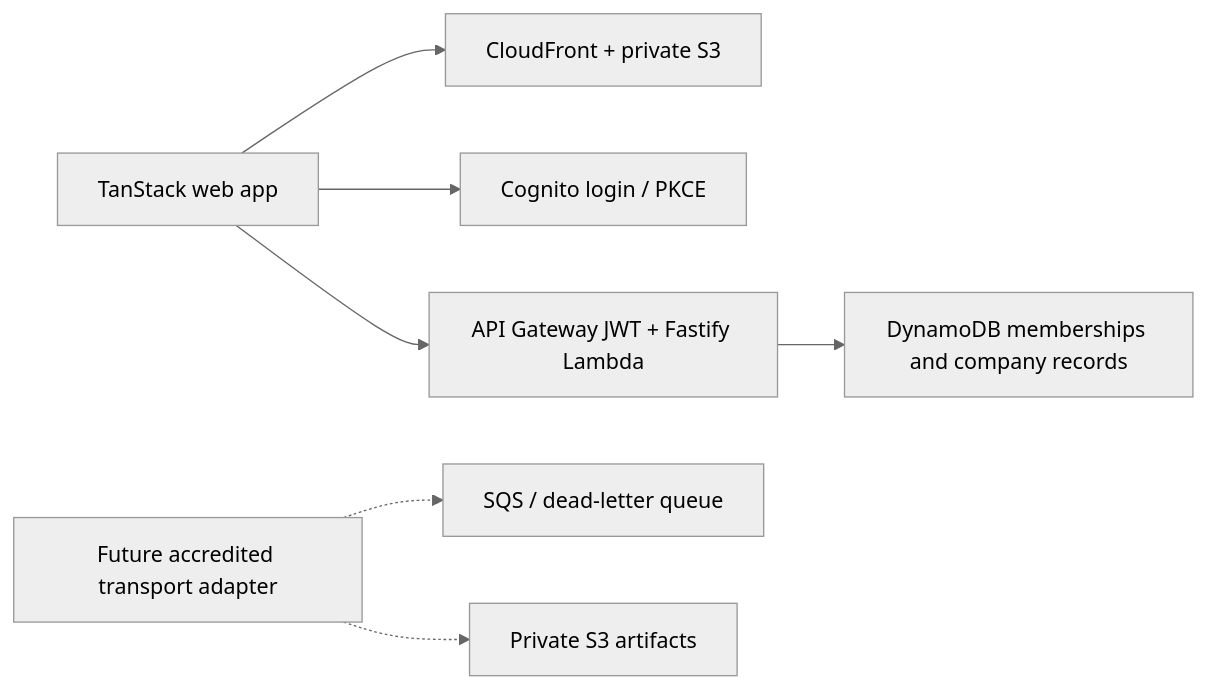
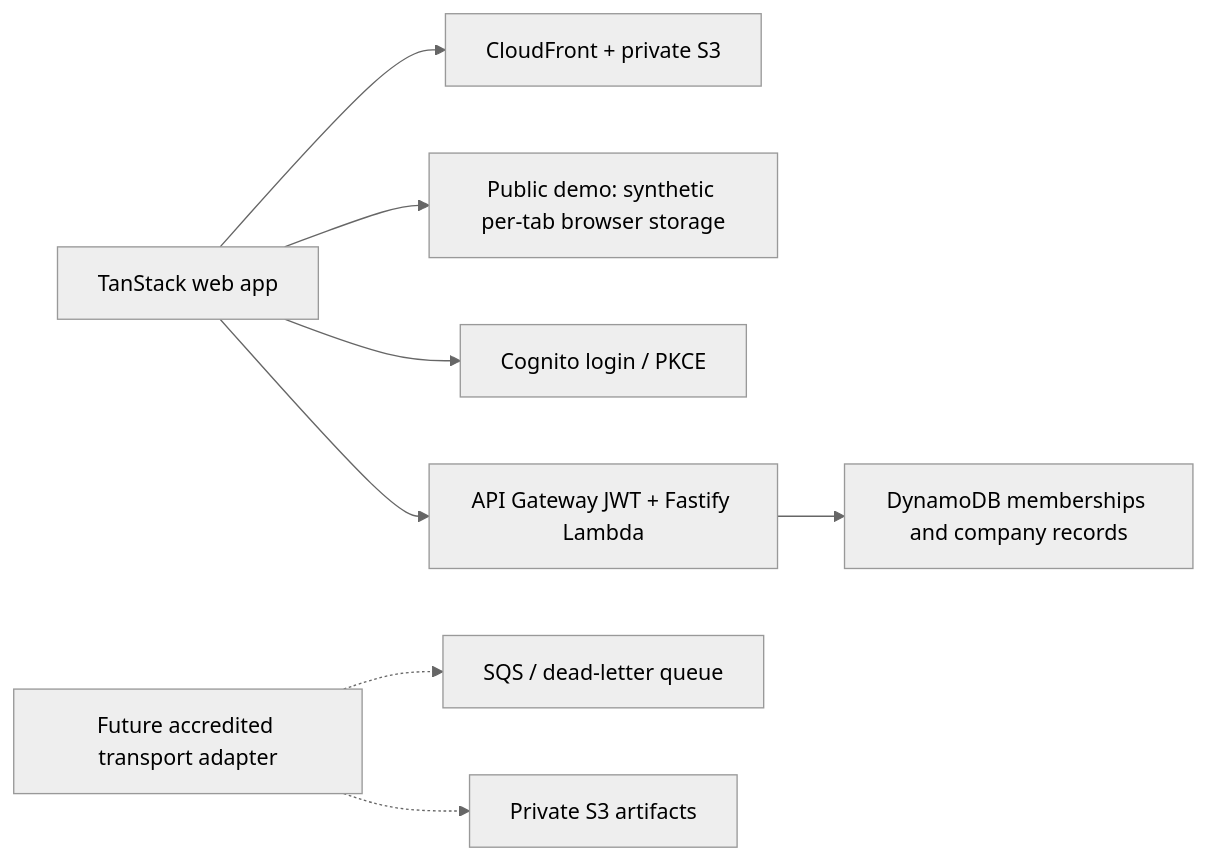
The diagram in README.md (mlenarciak/openfatture), drawn with Mermaid (neutral theme) before and after one commit. The commit also changed other lines of this file and 70 other files, not shown here.

Commit message:
Open public demo and sign-in entry with shadcn UI and SdI test gates

````diff
--- a/README.md
+++ b/README.md
@@ -49,9 +57,10 @@
 ```mermaid
 flowchart LR
   Browser["TanStack web app"] --> CF["CloudFront + private S3"]
+  Browser --> Demo["Public demo: synthetic per-tab browser storage"]
   Browser --> Auth["Cognito login / PKCE"]
   Browser --> API["API Gateway JWT + Fastify Lambda"]
   API --> Membership["DynamoDB memberships and company records"]
   Future["Future accredited transport adapter"] -.-> Queue["SQS / dead-letter queue"]
   Future -.-> Files["Private S3 artifacts"]
 ```
````
